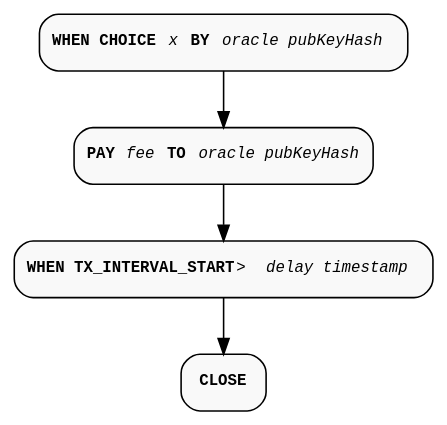
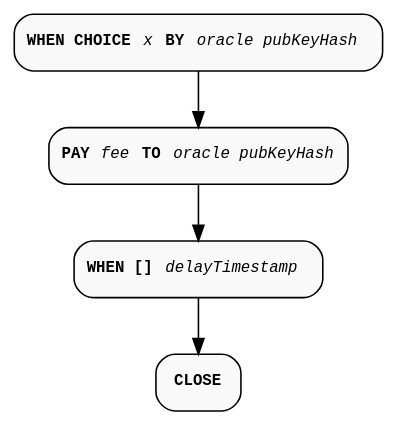
The diagram in CIP XXX Marlowe Oracle Protocol/diagrams/marlowe-request-delay.dot (marlowe-lang/marlowe-oracle-protocol), drawn with Graphviz before and after one commit. The commit also changed 2 other files, not shown here.

```diff
--- a/CIP XXX Marlowe Oracle Protocol/diagrams/marlowe-request-delay.dot
+++ b/CIP XXX Marlowe Oracle Protocol/diagrams/marlowe-request-delay.dot
@@ -1,22 +1,22 @@
 digraph MarloweRequestDelay {
   rankdir=TD;
   graph [pad="0.02", nodesep="0.6", ranksep="0.5", splines="line"];
   node [shape=rect, style="filled, rounded", fillcolor="#f9f9f9", fontname="Courier New", fontsize="10"];
   edge [tailport="s", headport="n", color="#aaa", fontname="Courier New", fontsize="10"];
 
 
   OracleChoiceStep [label=<<b>WHEN CHOICE</b> <i>x</i> <b>BY</b> <i>oracle pubKeyHash</i> > color="#aaa" ];
 
   PayStep [label=<<b>PAY </b><i>fee</i> <b>TO</b> <i>oracle pubKeyHash</i>> color="#aaa" ];
 
   OracleChoiceStep -> PayStep;
 
-  DelayStep [label=<<b>WHEN TX_INTERVAL_START</b> &gt; <i>delay timestamp</i> > color="#aaa" ];
+  DelayStep [label=<<b>WHEN []</b> <i>delayTimestamp</i> > color="#aaa" ];
 
   PayStep -> DelayStep;
 
   CloseStep [label=<<b>CLOSE</b>> color="#aaa" ];
 
   DelayStep -> CloseStep;
 
 }
```
